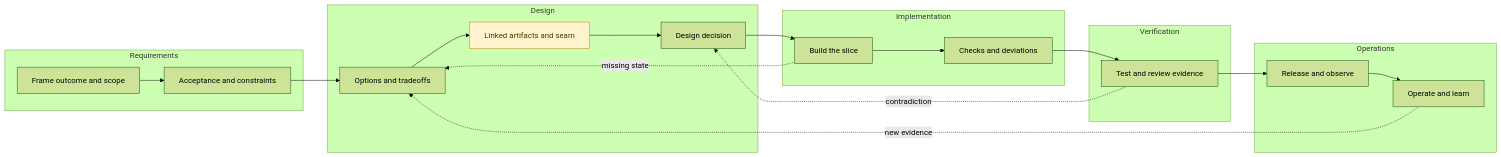
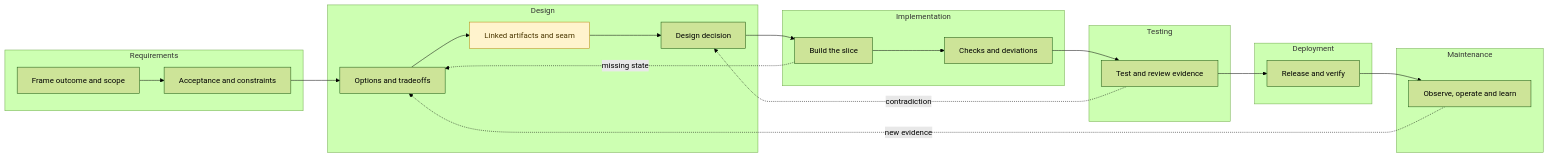
Before and after one commit to joao-aires/agent-skills-public: the diagram in docs/diagrams/threads.mmd, drawn with Mermaid (forest theme). The commit also changed 47 other files, not shown here.

```diff
--- a/docs/diagrams/threads.mmd
+++ b/docs/diagrams/threads.mmd
@@ -1,42 +1,45 @@
 flowchart LR
   subgraph Requirements
     R1["Frame outcome and scope"]
     R2["Acceptance and constraints"]
   end
 
   subgraph Design
     D1["Options and tradeoffs"]
     D2["Linked artifacts and seam"]
     D3["Design decision"]
   end
 
   subgraph Implementation
     I1["Build the slice"]
     I2["Checks and deviations"]
   end
 
-  subgraph Verification
+  subgraph Testing
     V1["Test and review evidence"]
   end
 
-  subgraph Operations
-    O1["Release and observe"]
-    O2["Operate and learn"]
+  subgraph Deployment
+    P1["Release and verify"]
+  end
+
+  subgraph Maintenance
+    O2["Observe, operate and learn"]
   end
 
   R1 --> R2
   R2 --> D1
   D1 --> D2
   D2 --> D3
   D3 --> I1
   I1 --> I2
   I2 --> V1
-  V1 --> O1
-  O1 --> O2
+  V1 --> P1
+  P1 --> O2
 
   I1 -.->|"missing state"| D1
   V1 -.->|"contradiction"| D3
   O2 -.->|"new evidence"| D1
 
   classDef focus fill:#fff3cd,stroke:#b8860b,color:#4a3600
   class D2 focus
```
